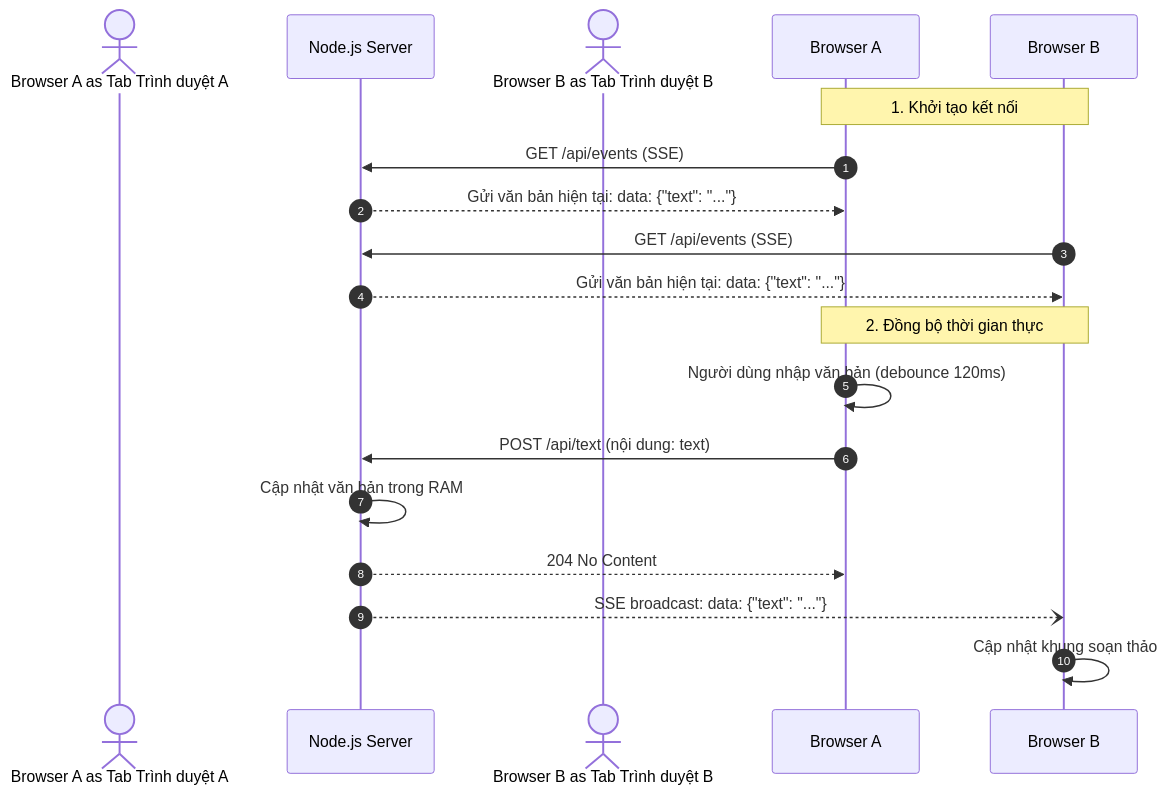
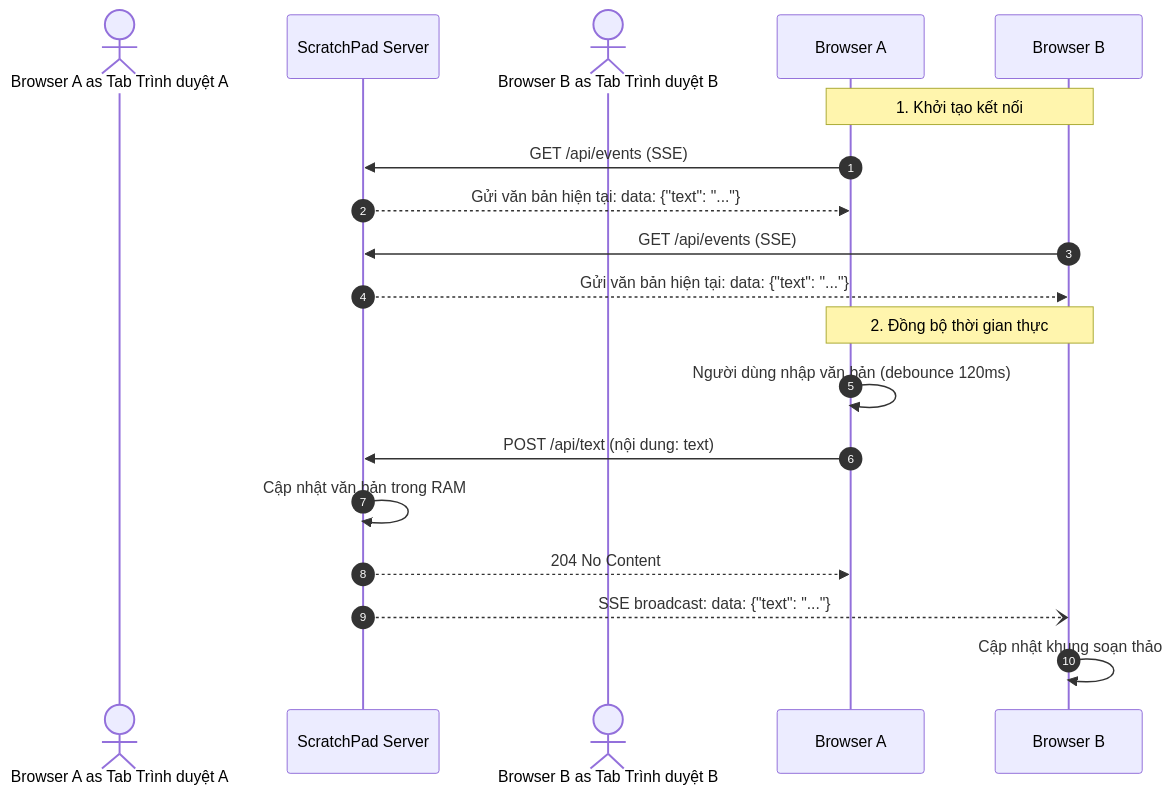
One commit to vnt87/scratchpad changed the diagram in README.vi.md. Above: the diagram before and after it, drawn with Mermaid. The commit also changed other lines of this file and 3 other files, not shown here.

````diff
--- a/README.vi.md
+++ b/README.vi.md
@@ -83,21 +106,21 @@
 ```mermaid
 sequenceDiagram
     autonumber
     actor Browser A as Tab Trình duyệt A
-    participant Server as Node.js Server
+    participant Server as ScratchPad Server
     actor Browser B as Tab Trình duyệt B
 
     Note over Browser A,Browser B: 1. Khởi tạo kết nối
     Browser A->>Server: GET /api/events (SSE)
     Server-->>Browser A: Gửi văn bản hiện tại: data: {"text": "..."}
     Browser B->>Server: GET /api/events (SSE)
     Server-->>Browser B: Gửi văn bản hiện tại: data: {"text": "..."}
 
     Note over Browser A,Browser B: 2. Đồng bộ thời gian thực
     Browser A->>Browser A: Người dùng nhập văn bản (debounce 120ms)
     Browser A->>Server: POST /api/text (nội dung: text)
     Server->>Server: Cập nhật văn bản trong RAM
     Server-->>Browser A: 204 No Content
     Server--)Browser B: SSE broadcast: data: {"text": "..."}
     Browser B->>Browser B: Cập nhật khung soạn thảo
 ```
````
